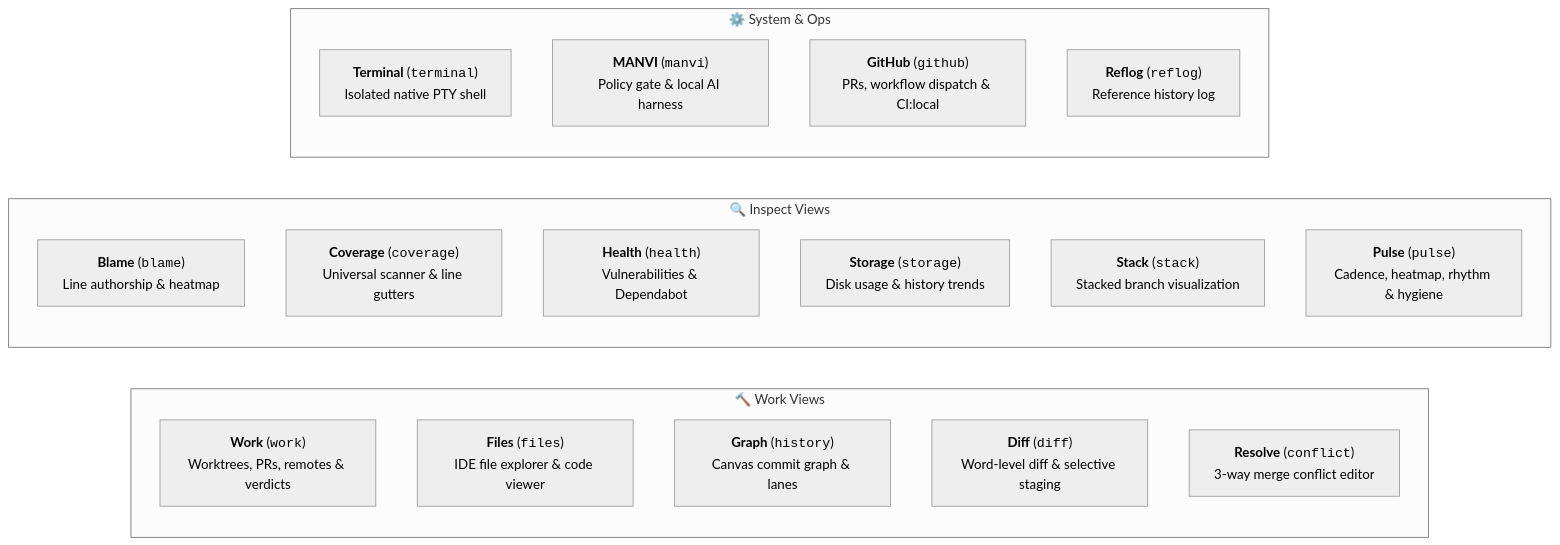
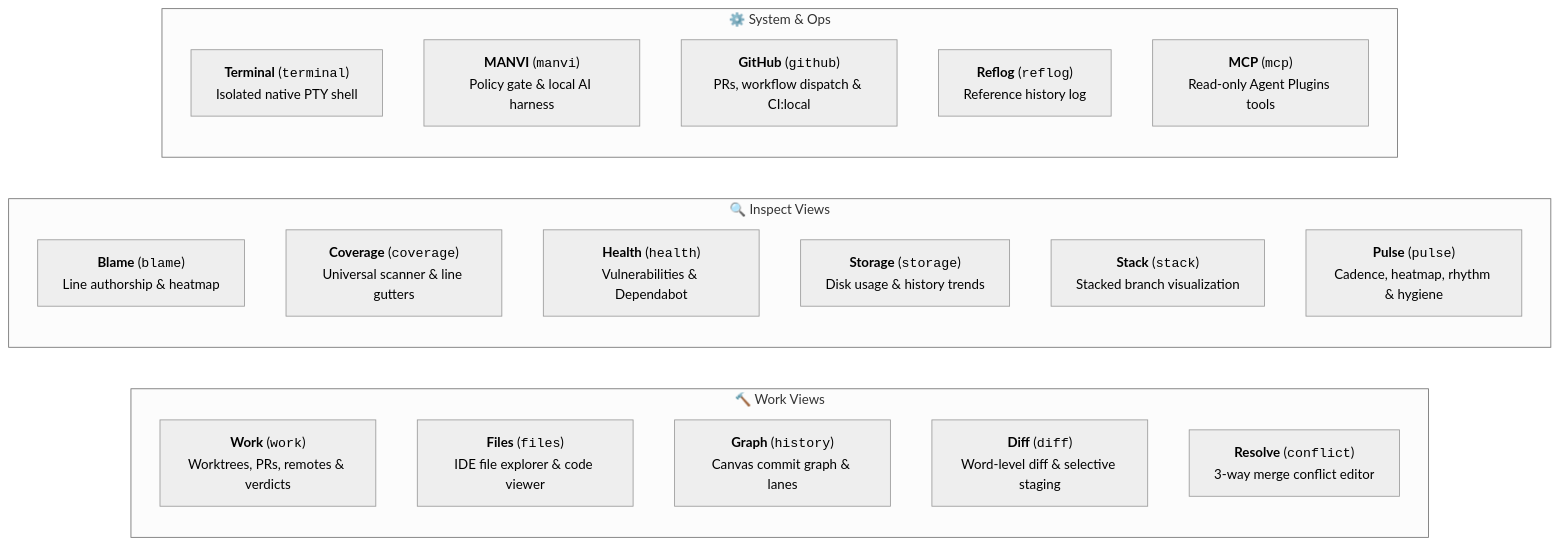
Before and after one commit to bharathvbcr/GitPulse: the second of 4 diagrams in README.md, drawn with Mermaid (neutral theme). The commit also changed other lines of this file and 119 other files, not shown here.

````diff
--- a/README.md
+++ b/README.md
@@ -93,26 +95,27 @@
 ```mermaid
 flowchart LR
     subgraph Work["🔨 Work Views"]
         WorkTab["<b>Work</b> (<code>work</code>)<br/>Worktrees, PRs, remotes & verdicts"]
         Files["<b>Files</b> (<code>files</code>)<br/>IDE file explorer & code viewer"]
         Graph["<b>Graph</b> (<code>history</code>)<br/>Canvas commit graph & lanes"]
         Diff["<b>Diff</b> (<code>diff</code>)<br/>Word-level diff & selective staging"]
         Conflict["<b>Resolve</b> (<code>conflict</code>)<br/>3-way merge conflict editor"]
     end
 
     subgraph Inspect["🔍 Inspect Views"]
         Blame["<b>Blame</b> (<code>blame</code>)<br/>Line authorship & heatmap"]
         Coverage["<b>Coverage</b> (<code>coverage</code>)<br/>Universal scanner & line gutters"]
         Health["<b>Health</b> (<code>health</code>)<br/>Vulnerabilities & Dependabot"]
         Storage["<b>Storage</b> (<code>storage</code>)<br/>Disk usage & history trends"]
         Stack["<b>Stack</b> (<code>stack</code>)<br/>Stacked branch visualization"]
         Pulse["<b>Pulse</b> (<code>pulse</code>)<br/>Cadence, heatmap, rhythm & hygiene"]
     end
 
     subgraph System["⚙️ System & Ops"]
         Terminal["<b>Terminal</b> (<code>terminal</code>)<br/>Isolated native PTY shell"]
         MANVI["<b>MANVI</b> (<code>manvi</code>)<br/>Policy gate & local AI harness"]
         GitHub["<b>GitHub</b> (<code>github</code>)<br/>PRs, workflow dispatch & CI:local"]
         Reflog["<b>Reflog</b> (<code>reflog</code>)<br/>Reference history log"]
+        MCP["<b>MCP</b> (<code>mcp</code>)<br/>Read-only Agent Plugins tools"]
     end
 ```
````
